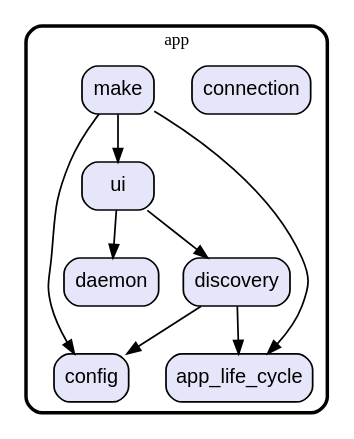
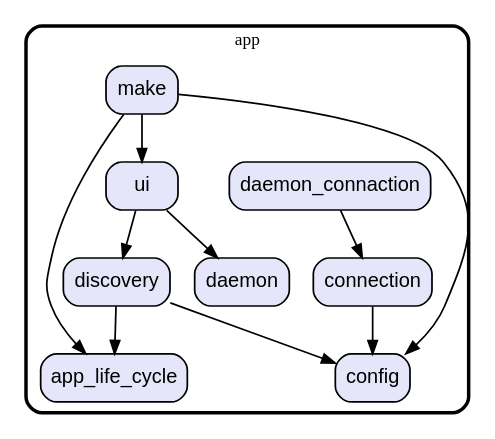
Before and after one commit to gev/reacthome-mobile: the diagram in graph/lib/app.dot, drawn with Graphviz. The commit also changed 19 other files, not shown here.

Commit message:
update dependencies graph

```diff
--- a/graph/lib/app.dot
+++ b/graph/lib/app.dot
@@ -1,29 +1,33 @@
 digraph "" {
   graph [style=rounded fontname="Arial Black" fontsize=13 penwidth=2.6];
   node [shape=rect style="filled,rounded" fontname=Arial fontsize=15 fillcolor=Lavender penwidth=1.3];
   edge [penwidth=1.3];
   "/daemon.dart" [label="daemon"];
   "/ui.dart" [label="ui"];
+  "/daemon_connaction.dart" [label="daemon_connaction"];
   "/config.dart" [label="config"];
   "/connection.dart" [label="connection"];
   "/app_life_cycle.dart" [label="app_life_cycle"];
   "/discovery.dart" [label="discovery"];
   "/make.dart" [label="make"];
   subgraph "cluster~" {
     label="app";
     "/daemon.dart";
     "/ui.dart";
+    "/daemon_connaction.dart";
     "/config.dart";
     "/connection.dart";
     "/app_life_cycle.dart";
     "/discovery.dart";
     "/make.dart";
   }
   "/ui.dart" -> "/daemon.dart";
   "/ui.dart" -> "/discovery.dart";
+  "/daemon_connaction.dart" -> "/connection.dart";
+  "/connection.dart" -> "/config.dart";
   "/discovery.dart" -> "/app_life_cycle.dart";
   "/discovery.dart" -> "/config.dart";
   "/make.dart" -> "/app_life_cycle.dart";
   "/make.dart" -> "/config.dart";
   "/make.dart" -> "/ui.dart";
 }
```
